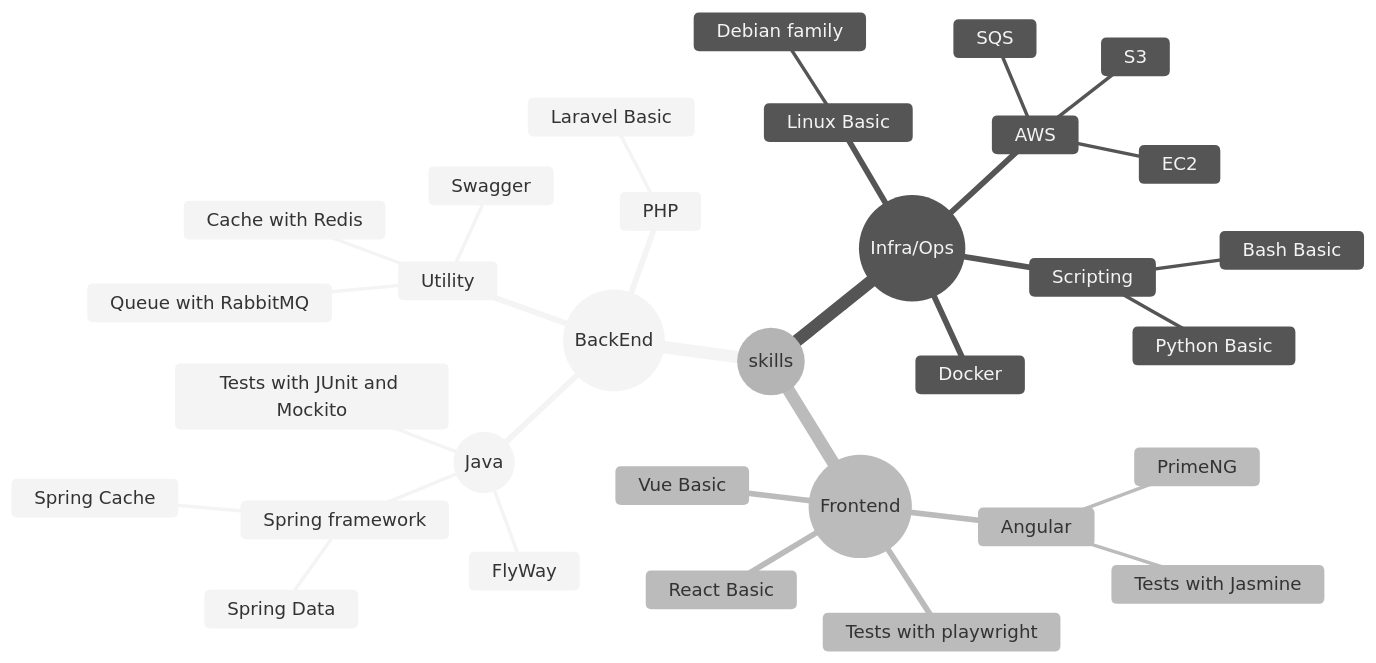
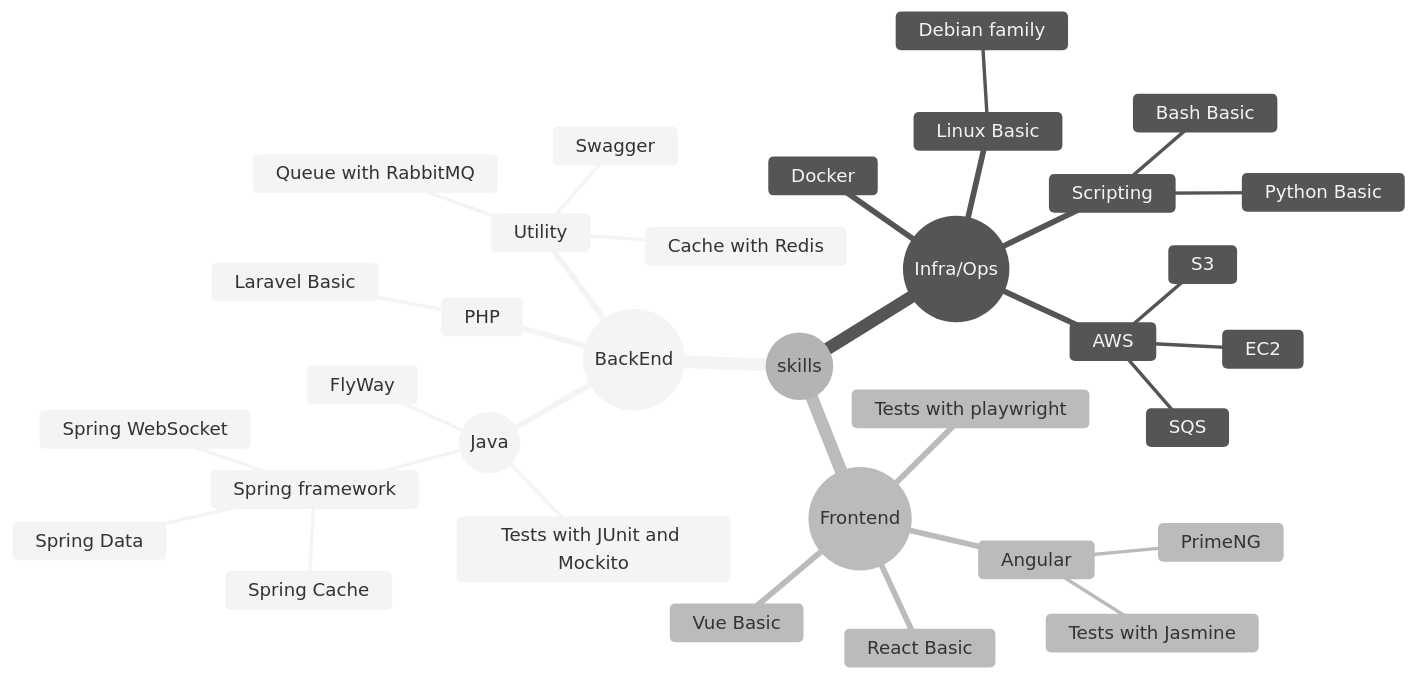
Before and after one commit to gilberto-009199/gilberto-009199: the diagram in HISTORY_pt_BR.md, drawn with Mermaid.

````diff
--- a/HISTORY_pt_BR.md
+++ b/HISTORY_pt_BR.md
@@ -7,39 +7,40 @@
 ```mermaid
 ---
 config:
   theme: 'neutral'
 ---
 mindmap
   root((skills))
     ((BackEnd))
       ((Java))
         Tests with JUnit and Mockito
         FlyWay
         Spring framework
           Spring Data
           Spring Cache
+          Spring WebSocket
       PHP
         Laravel Basic
       Utility
         Queue with RabbitMQ
         Cache with Redis
         Swagger
     ((Infra/Ops))
       Docker
       Linux Basic
         Debian family
       AWS
         SQS
         S3
         EC2
       Scripting
         Bash Basic
         Python Basic
     ((Frontend))
         Angular
           PrimeNG
           Tests with Jasmine
         React Basic
         Vue Basic
         Tests with playwright 
 ```
````
